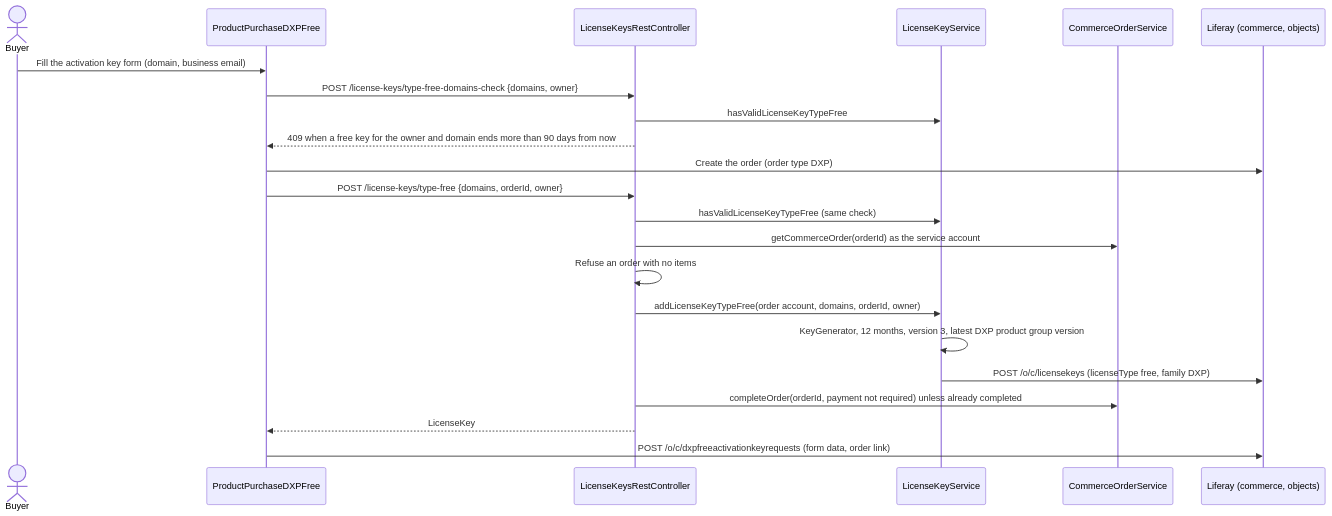
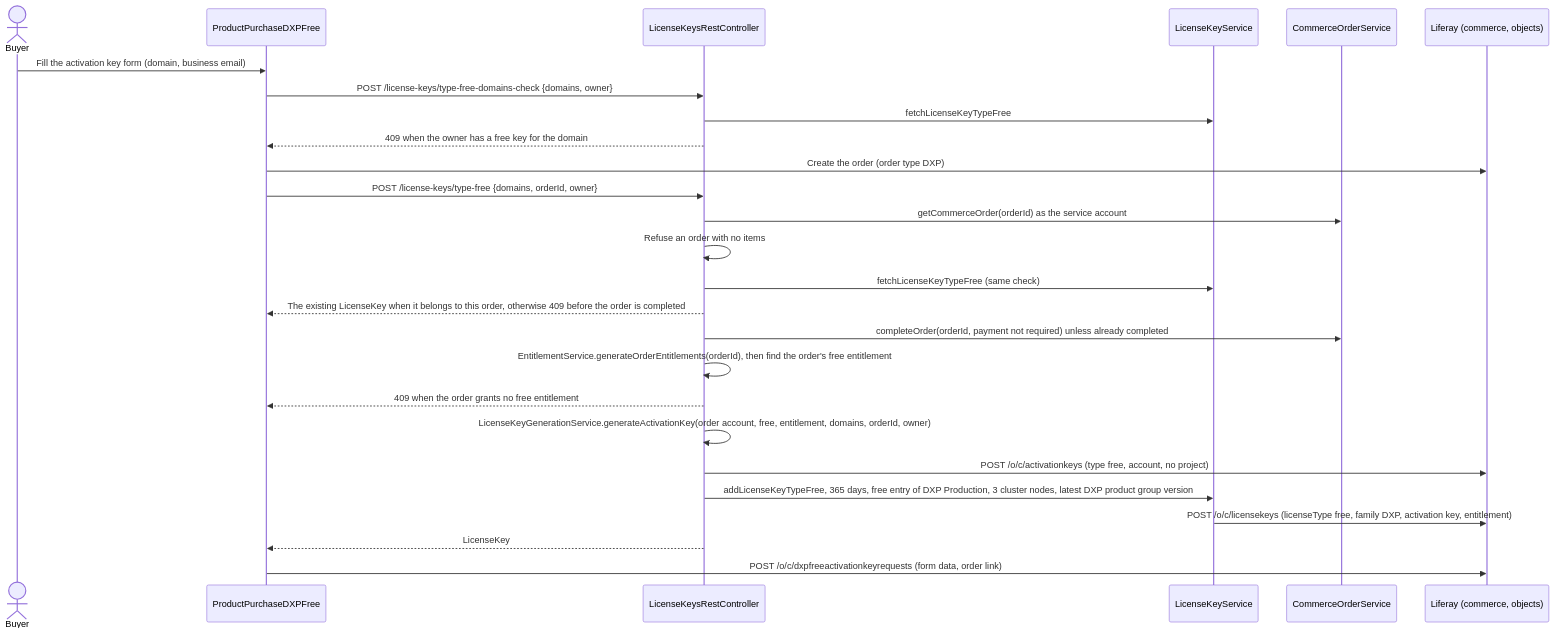
One commit to abfranca/liferay-portal changed the third of 7 diagrams in workspaces/liferay-one-workspace/specs/technical/licensing.md. Above: the diagram before and after it, drawn with Mermaid. The commit also changed other lines of this file and 23 other files, not shown here.

````diff
--- a/workspaces/liferay-one-workspace/specs/technical/licensing.md
+++ b/workspaces/liferay-one-workspace/specs/technical/licensing.md
@@ -195,25 +195,29 @@
 ```mermaid
 sequenceDiagram
     actor Buyer
     participant CE as ProductPurchaseDXPFree
     participant SB as LicenseKeysRestController
     participant LKS as LicenseKeyService
     participant COS as CommerceOrderService
     participant DXP as Liferay (commerce, objects)
 
     Buyer->>CE: Fill the activation key form (domain, business email)
     CE->>SB: POST /license-keys/type-free-domains-check {domains, owner}
-    SB->>LKS: hasValidLicenseKeyTypeFree
-    SB-->>CE: 409 when a free key for the owner and domain ends more than 90 days from now
+    SB->>LKS: fetchLicenseKeyTypeFree
+    SB-->>CE: 409 when the owner has a free key for the domain
     CE->>DXP: Create the order (order type DXP)
     CE->>SB: POST /license-keys/type-free {domains, orderId, owner}
-    SB->>LKS: hasValidLicenseKeyTypeFree (same check)
     SB->>COS: getCommerceOrder(orderId) as the service account
     SB->>SB: Refuse an order with no items
-    SB->>LKS: addLicenseKeyTypeFree(order account, domains, orderId, owner)
-    LKS->>LKS: KeyGenerator, 12 months, version 3, latest DXP product group version
-    LKS->>DXP: POST /o/c/licensekeys (licenseType free, family DXP)
+    SB->>LKS: fetchLicenseKeyTypeFree (same check)
+    SB-->>CE: The existing LicenseKey when it belongs to this order, otherwise 409 before the order is completed
     SB->>COS: completeOrder(orderId, payment not required) unless already completed
+    SB->>SB: EntitlementService.generateOrderEntitlements(orderId), then find the order's free entitlement
+    SB-->>CE: 409 when the order grants no free entitlement
+    SB->>SB: LicenseKeyGenerationService.generateActivationKey(order account, free, entitlement, domains, orderId, owner)
+    SB->>DXP: POST /o/c/activationkeys (type free, account, no project)
+    SB->>LKS: addLicenseKeyTypeFree, 365 days, free entry of DXP Production, 3 cluster nodes, latest DXP product group version
+    LKS->>DXP: POST /o/c/licensekeys (licenseType free, family DXP, activation key, entitlement)
     SB-->>CE: LicenseKey
     CE->>DXP: POST /o/c/dxpfreeactivationkeyrequests (form data, order link)
 ```
````
